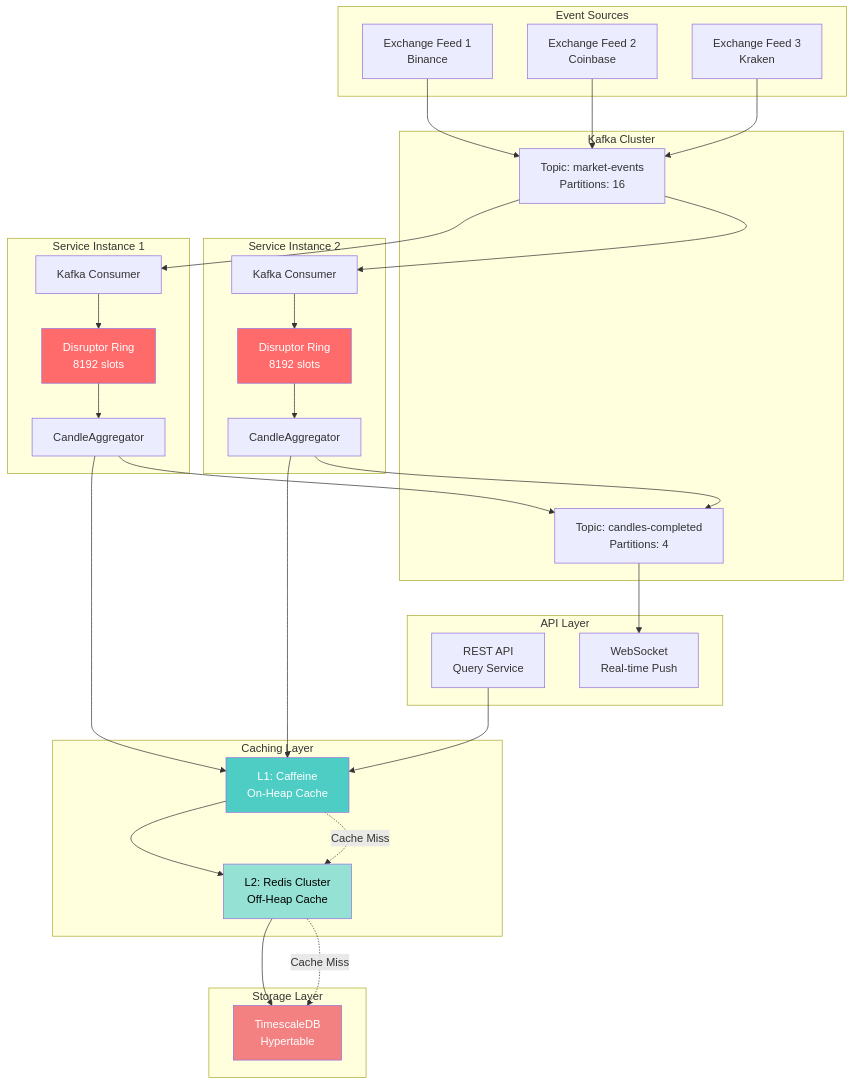
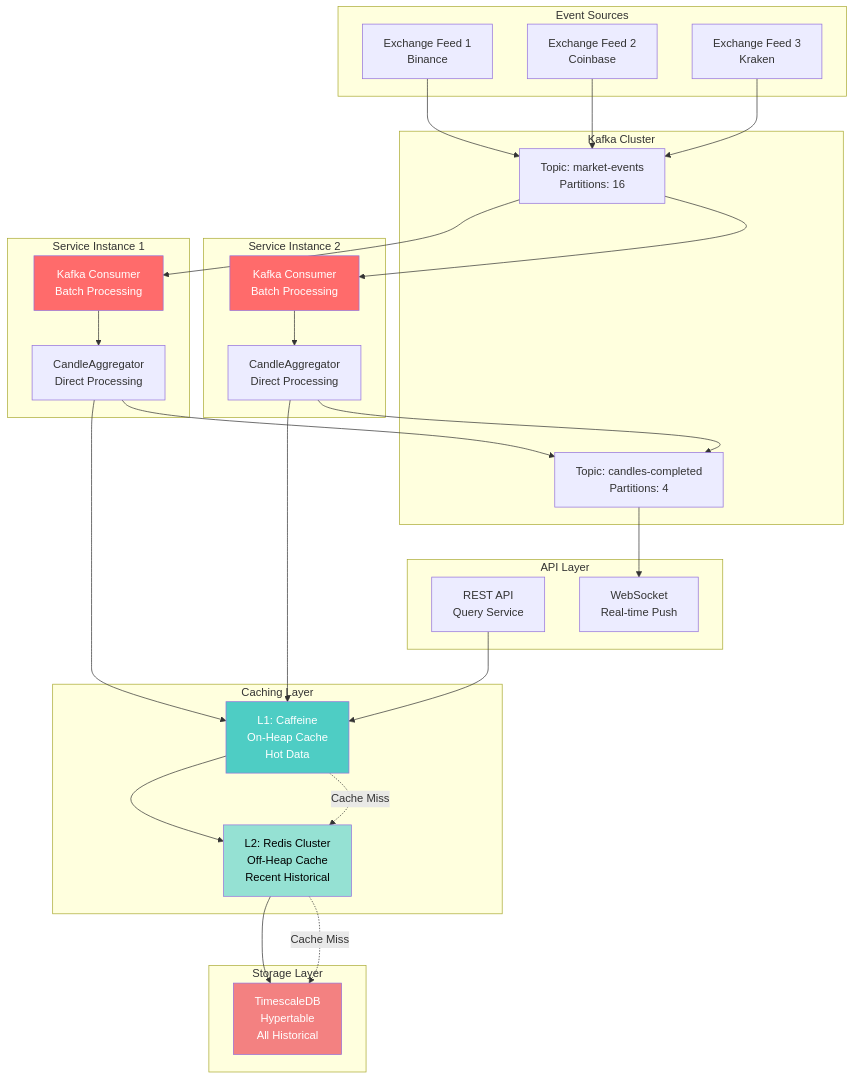
Before and after one commit to 0xkanth/candle-aggregation-service: the diagram in KAFKA_CACHE_ARCHITECTURE.md, drawn with Mermaid. The commit also changed other lines of this file and 1 other file, not shown here.

````diff
--- a/KAFKA_CACHE_ARCHITECTURE.md
+++ b/KAFKA_CACHE_ARCHITECTURE.md
@@ -15,73 +16,68 @@
 ```mermaid
 graph TB
     subgraph "Event Sources"
         EX1[Exchange Feed 1<br/>Binance]
         EX2[Exchange Feed 2<br/>Coinbase]
         EX3[Exchange Feed 3<br/>Kraken]
     end
     
     subgraph "Kafka Cluster"
         KT1[Topic: market-events<br/>Partitions: 16]
         KT2[Topic: candles-completed<br/>Partitions: 4]
     end
     
     subgraph "Service Instance 1"
-        KC1[Kafka Consumer]
-        DIS1[Disruptor Ring<br/>8192 slots]
-        AGG1[CandleAggregator]
+        KC1[Kafka Consumer<br/>Batch Processing]
+        AGG1[CandleAggregator<br/>Direct Processing]
     end
     
     subgraph "Service Instance 2"
-        KC2[Kafka Consumer]
-        DIS2[Disruptor Ring<br/>8192 slots]
-        AGG2[CandleAggregator]
+        KC2[Kafka Consumer<br/>Batch Processing]
+        AGG2[CandleAggregator<br/>Direct Processing]
     end
     
     subgraph "Caching Layer"
-        L1[L1: Caffeine<br/>On-Heap Cache]
-        L2[L2: Redis Cluster<br/>Off-Heap Cache]
+        L1[L1: Caffeine<br/>On-Heap Cache<br/>Hot Data]
+        L2[L2: Redis Cluster<br/>Off-Heap Cache<br/>Recent Historical]
     end
     
     subgraph "Storage Layer"
-        TS[TimescaleDB<br/>Hypertable]
+        TS[TimescaleDB<br/>Hypertable<br/>All Historical]
     end
     
     subgraph "API Layer"
         REST[REST API<br/>Query Service]
         WS[WebSocket<br/>Real-time Push]
     end
     
     EX1 --> KT1
     EX2 --> KT1
     EX3 --> KT1
     
     KT1 --> KC1
     KT1 --> KC2
     
-    KC1 --> DIS1
-    KC2 --> DIS2
-    
-    DIS1 --> AGG1
-    DIS2 --> AGG2
+    KC1 --> AGG1
+    KC2 --> AGG2
     
     AGG1 --> L1
     AGG2 --> L1
     
     AGG1 --> KT2
     AGG2 --> KT2
     
     L1 --> L2
     L2 --> TS
     
     REST --> L1
     L1 -.Cache Miss.-> L2
     L2 -.Cache Miss.-> TS
     
     KT2 --> WS
     
-    style DIS1 fill:#ff6b6b,color:#fff
-    style DIS2 fill:#ff6b6b,color:#fff
+    style KC1 fill:#ff6b6b,color:#fff
+    style KC2 fill:#ff6b6b,color:#fff
     style L1 fill:#4ecdc4,color:#fff
     style L2 fill:#95e1d3,color:#000
     style TS fill:#f38181,color:#fff
 ```
````
